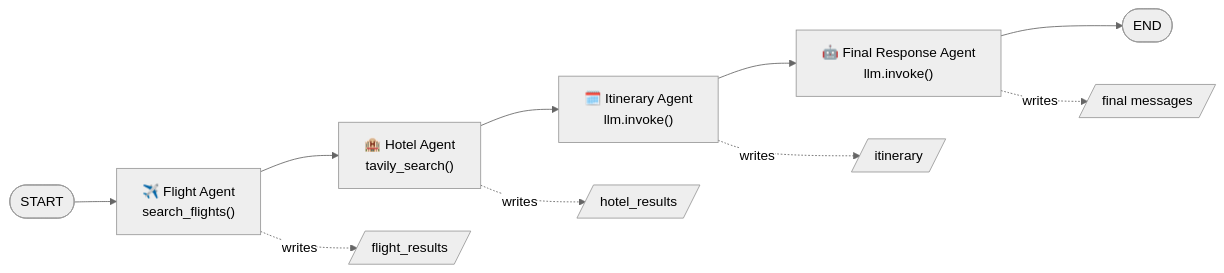
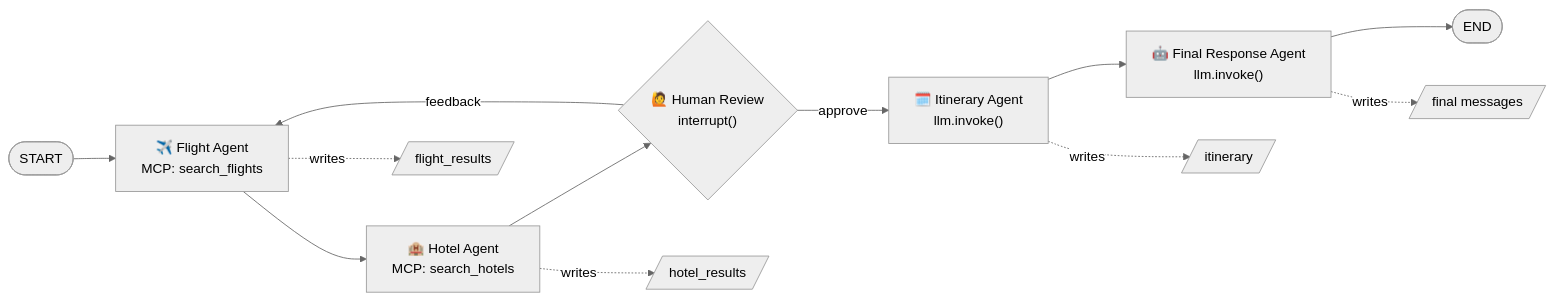
Before and after one commit to deveshksrivastava/AI-Travel-Planning-System: the second of 3 diagrams in README.md, drawn with Mermaid (neutral theme). The commit also changed other lines of this file and 6 other files, not shown here.

First line of the commit message:
Route agent tools through MCP server and add human-in-the-loop review

````diff
--- a/README.md
+++ b/README.md
@@ -91,13 +93,15 @@
 ```mermaid
 flowchart LR
-    START([START]) --> FA["✈️ Flight Agent<br/>search_flights()"]
-    FA --> HA["🏨 Hotel Agent<br/>tavily_search()"]
-    HA --> IA["🗓️ Itinerary Agent<br/>llm.invoke()"]
+    START([START]) --> FA["✈️ Flight Agent<br/>MCP: search_flights"]
+    FA --> HA["🏨 Hotel Agent<br/>MCP: search_hotels"]
+    HA --> HR{"🙋 Human Review<br/>interrupt()"}
+    HR -- approve --> IA["🗓️ Itinerary Agent<br/>llm.invoke()"]
+    HR -- feedback --> FA
     IA --> FRA["🤖 Final Response Agent<br/>llm.invoke()"]
     FRA --> END([END])
 
     FA -. writes .-> S1[/"flight_results"/]
     HA -. writes .-> S2[/"hotel_results"/]
     IA -. writes .-> S3[/"itinerary"/]
     FRA -. writes .-> S4[/"final messages"/]
 ```
````
